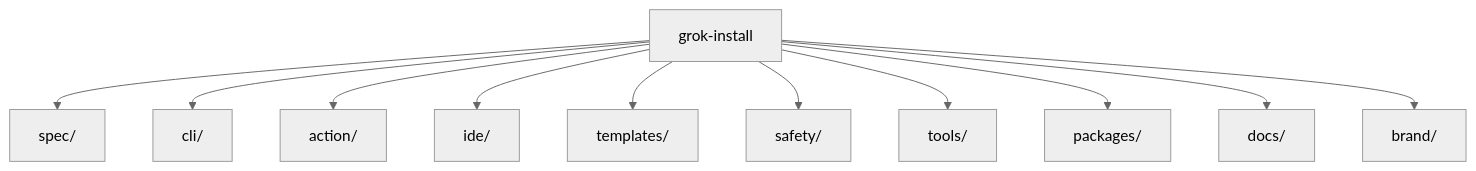
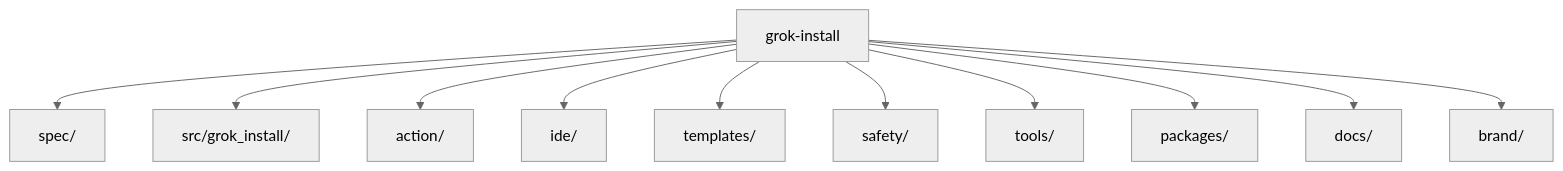
One commit to AgentMindCloud/grok-install changed the diagram in README.md. Above: the diagram before and after it, drawn with Mermaid (neutral theme). The commit also changed 13 other files, not shown here.

````diff
--- a/README.md
+++ b/README.md
@@ -48,14 +48,14 @@
 ```mermaid
 graph TD
     root[grok-install]
     root --> spec[spec/]
-    root --> cli[cli/]
+    root --> grok_install[src/grok_install/]
     root --> action[action/]
     root --> ide[ide/]
     root --> templates[templates/]
     root --> safety[safety/]
     root --> tools[tools/]
     root --> packages[packages/]
     root --> docs[docs/]
     root --> brand[brand/]
 ```
````
